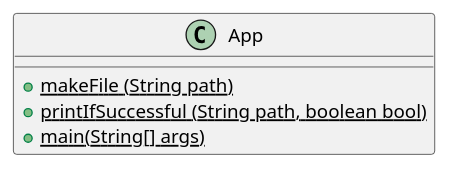
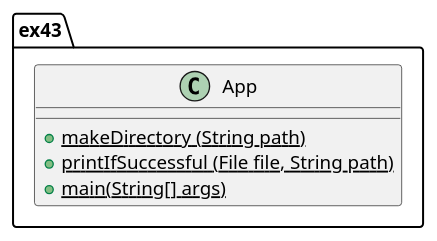
One commit to ayeekee/yeekee-cop3330-assignment3 changed the diagram in src/main/java/ex43/ex43cd.puml. Above: the diagram before and after it, drawn with PlantUML. The commit also changed 17 other files, not shown here.

```diff
--- a/src/main/java/ex43/ex43cd.puml
+++ b/src/main/java/ex43/ex43cd.puml
@@ -1,12 +1,11 @@
 @startuml
 'https://plantuml.com/class-diagram
 
-class App{
-
-+{static}makeFile (String path)
-+{static}printIfSuccessful (String path, boolean bool)
-+{static}main(String[] args)
-
+package ex43{
+    class App{
+        +{static}makeDirectory (String path)
+        +{static}printIfSuccessful (File file, String path)
+        +{static}main(String[] args)
+    }
 }
-
 @enduml
```
